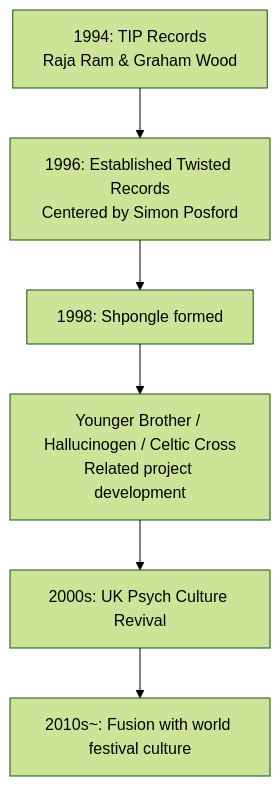
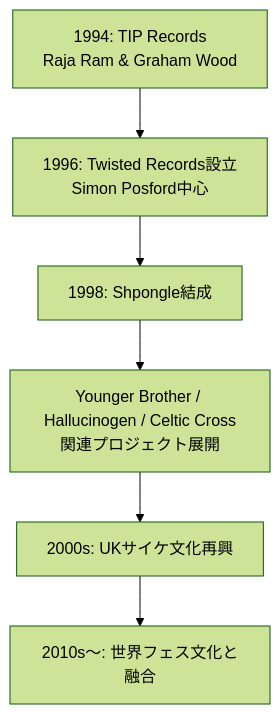
The first of 4 diagrams in en/_posts/2025-10-05-Column-Shpongle.md (monumental-movement/monumental-movement.github.io), drawn with Mermaid (forest theme) before and after one commit. The commit also changed other lines of this file and 775 other files, not shown here.

```diff
--- a/en/_posts/2025-10-05-Column-Shpongle.md
+++ b/en/_posts/2025-10-05-Column-Shpongle.md
@@ -63,10 +63,10 @@
 <div class="mermaid">
 
 flowchart TD
-  A["1994: TIP Records<br>Raja Ram & Graham Wood"] --> B["1996: Established Twisted Records<br>Centered by Simon Posford"]
-  B --> C["1998: Shpongle formed"]
-  C --> D["Younger Brother / Hallucinogen / Celtic Cross<br>Related project development"]
-  D --> E["2000s: UK Psych Culture Revival"]
-  E --> F["2010s~: Fusion with world festival culture"]
+  A["1994: TIP Records<br>Raja Ram & Graham Wood"] --> B["1996: Twisted Records設立<br>Simon Posford中心"]
+  B --> C["1998: Shpongle結成"]
+  C --> D["Younger Brother / Hallucinogen / Celtic Cross<br>関連プロジェクト展開"]
+  D --> E["2000s: UKサイケ文化再興"]
+  E --> F["2010s〜: 世界フェス文化と融合"]
 
 </div>
```
